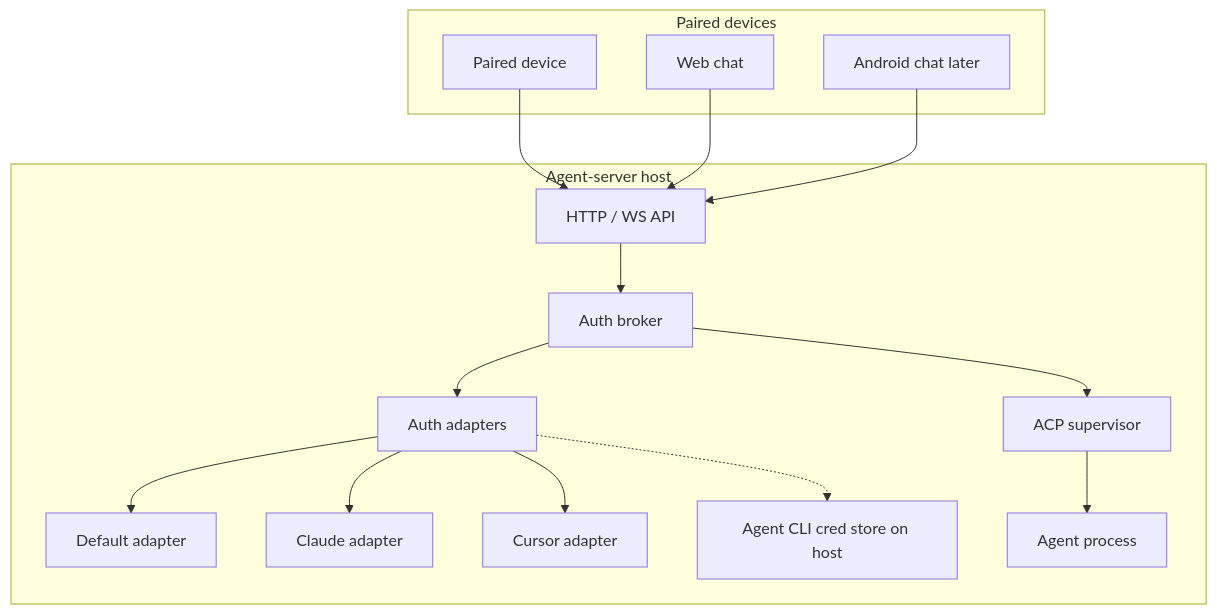
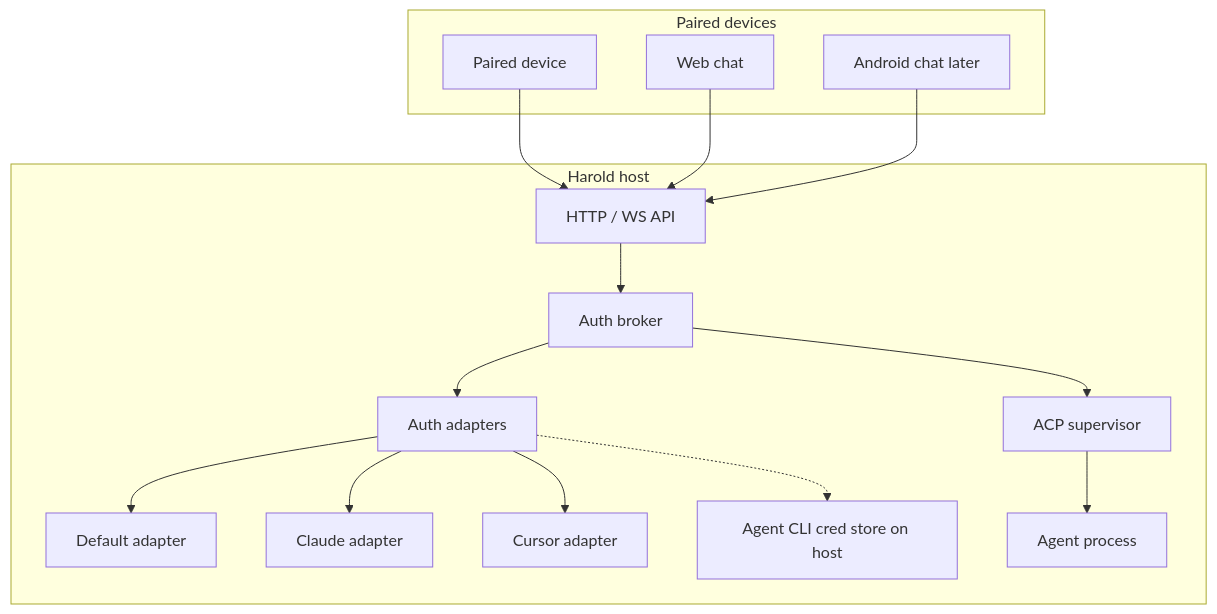
Before and after one commit to codenamegary/harold: the first of 7 diagrams in docs/adr/0004-agent-auth-broker.md, drawn with Mermaid. The commit also changed other lines of this file and 38 other files, not shown here.

````diff
--- a/docs/adr/0004-agent-auth-broker.md
+++ b/docs/adr/0004-agent-auth-broker.md
@@ -87,32 +87,32 @@
 ```mermaid
 flowchart TB
   subgraph devices [Paired devices]
     Client[Paired device]
     WebChat[Web chat]
     Android[Android chat later]
   end
 
-  subgraph host [Agent-server host]
+  subgraph host [Harold host]
     API[HTTP / WS API]
     Broker[Auth broker]
     Adapters[Auth adapters]
     Default[Default adapter]
     Claude[Claude adapter]
     Cursor[Cursor adapter]
     HostCreds[Agent CLI cred store on host]
     Super[ACP supervisor]
     AgentProc[Agent process]
   end
 
   Client --> API
   WebChat --> API
   Android --> API
   API --> Broker
   Broker --> Adapters
   Adapters --> Default
   Adapters --> Claude
   Adapters --> Cursor
   Adapters -.-> HostCreds
   Broker --> Super
   Super --> AgentProc
 ```
````
